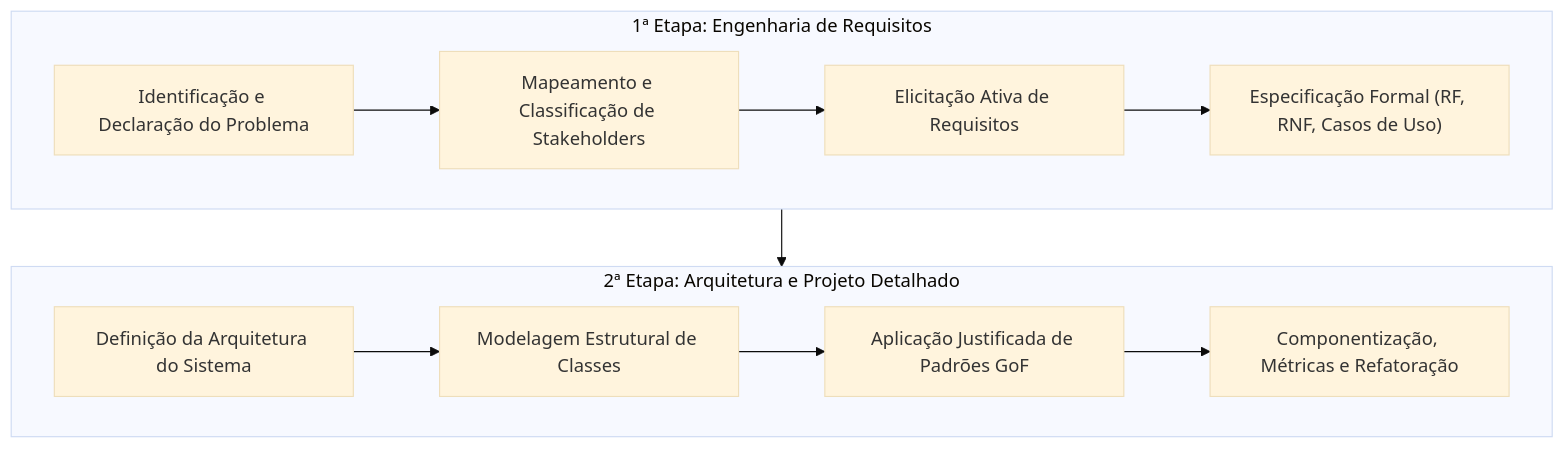
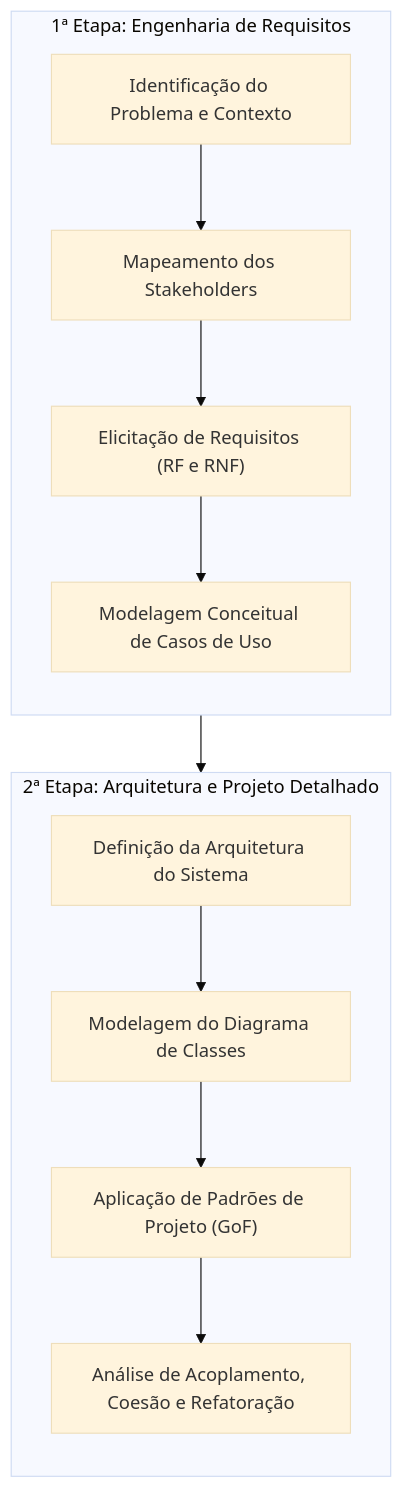
One commit to murilolol/unifef changed the second of 24 diagrams in 4º Semestre/[Prof. Wesley Soares] Engenharia de Software II/Resumos-IA/Simulados-Comentados.md. Above: the diagram before and after it, drawn with Mermaid (base theme). The commit also changed other lines of this file and 10 other files, not shown here.

````diff
--- a/4º Semestre/[Prof. Wesley Soares] Engenharia de Software II/Resumos-IA/Simulados-Comentados.md
+++ b/4º Semestre/[Prof. Wesley Soares] Engenharia de Software II/Resumos-IA/Simulados-Comentados.md
@@ -68,16 +139,18 @@
 ```mermaid
 flowchart TD
- subgraph Fase1["1ª Etapa: Engenharia de Requisitos"]
- E1["Identificação e Declaração do Problema"] --> E2["Mapeamento e Classificação de Stakeholders"]
- E2 --> E3["Elicitação Ativa de Requisitos"]
- E3 --> E4["Especificação Formal (RF, RNF, Casos de Uso)"]
- end
+    subgraph Etapa1["1ª Etapa: Engenharia de Requisitos"]
+        direction TB
+        R1["Identificação do Problema e Contexto"] --> R2["Mapeamento dos Stakeholders"]
+        R2 --> R3["Elicitação de Requisitos (RF e RNF)"]
+        R3 --> R4["Modelagem Conceitual de Casos de Uso"]
+    end
 
- subgraph Fase2["2ª Etapa: Arquitetura e Projeto Detalhado"]
- A1["Definição da Arquitetura do Sistema"] --> A2["Modelagem Estrutural de Classes"]
- A2 --> A3["Aplicação Justificada de Padrões GoF"]
- A3 --> A4["Componentização, Métricas e Refatoração"]
- end
+    subgraph Etapa2["2ª Etapa: Arquitetura e Projeto Detalhado"]
+        direction TB
+        A1["Definição da Arquitetura do Sistema"] --> A2["Modelagem do Diagrama de Classes"]
+        A2 --> A3["Aplicação de Padrões de Projeto (GoF)"]
+        A3 --> A4["Análise de Acoplamento, Coesão e Refatoração"]
+    end
 
- Fase1 --> Fase2
+    Etapa1 --> Etapa2
 ```
````
